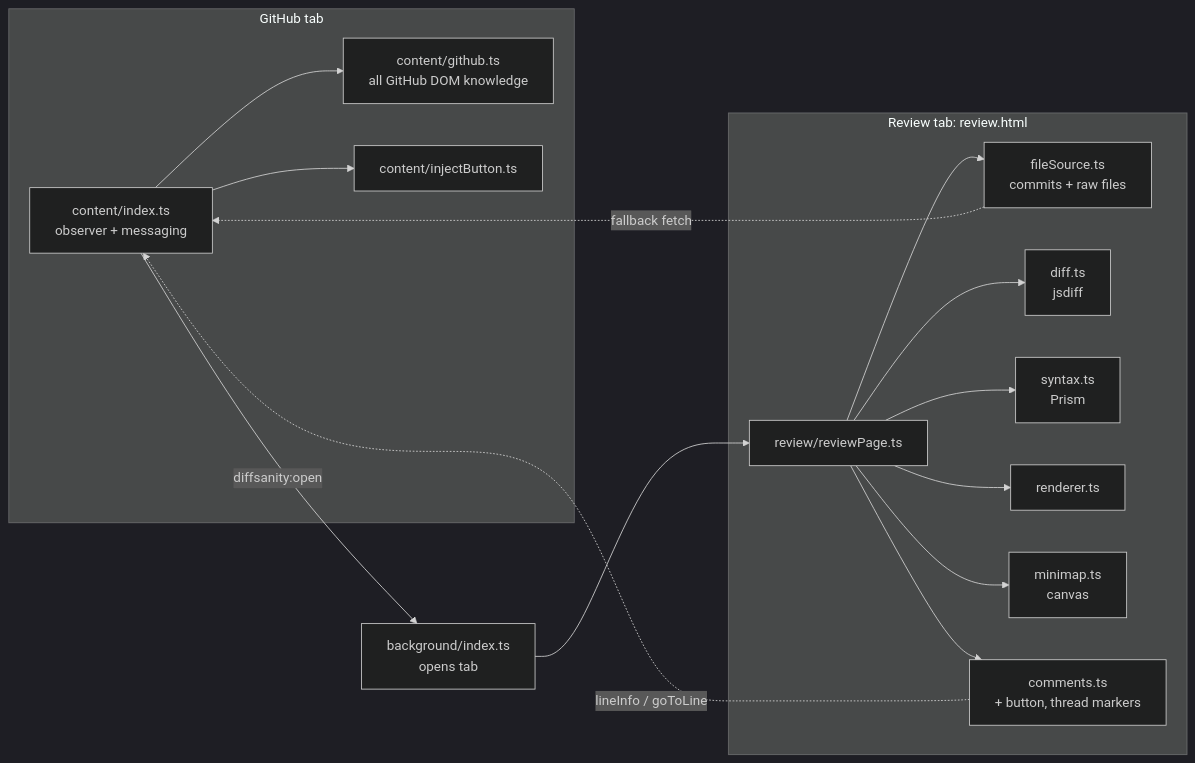
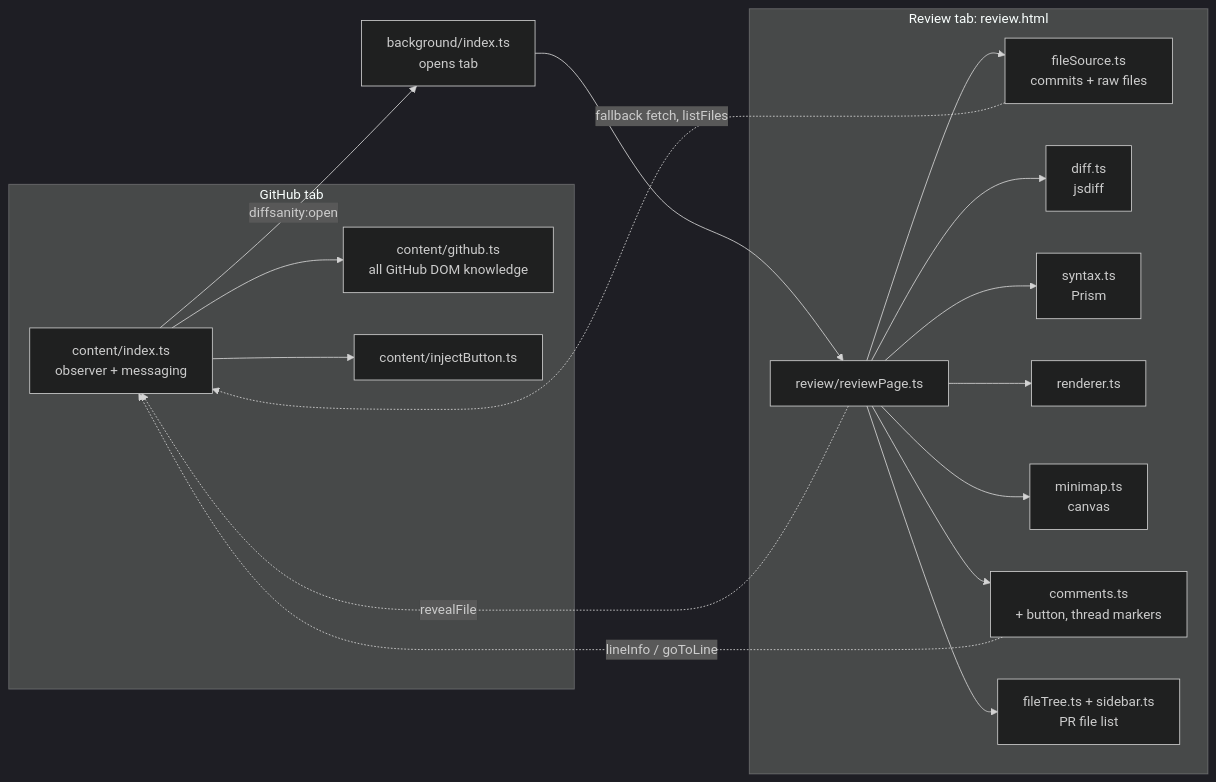
One commit to zubeirom/DiffSanity changed the diagram in README.md. Above: the diagram before and after it, drawn with Mermaid (dark theme). The commit also changed other lines of this file and 24 other files, not shown here.

````diff
--- a/README.md
+++ b/README.md
@@ -57,19 +58,21 @@
 ```mermaid
 flowchart LR
   subgraph GitHub tab
     C[content/index.ts<br/>observer + messaging] --> G[content/github.ts<br/>all GitHub DOM knowledge]
     C --> B[content/injectButton.ts]
   end
   C -- diffsanity:open --> W[background/index.ts<br/>opens tab]
   W --> R
   subgraph Review tab: review.html
     R[review/reviewPage.ts] --> F[fileSource.ts<br/>commits + raw files]
     R --> D[diff.ts<br/>jsdiff]
     R --> S[syntax.ts<br/>Prism]
     R --> X[renderer.ts]
     R --> M[minimap.ts<br/>canvas]
     R --> K[comments.ts<br/>+ button, thread markers]
+    R --> T[fileTree.ts + sidebar.ts<br/>PR file list]
   end
-  F -. fallback fetch .-> C
+  F -. fallback fetch, listFiles .-> C
   K -. lineInfo / goToLine .-> C
+  R -. revealFile .-> C
 ```
````
